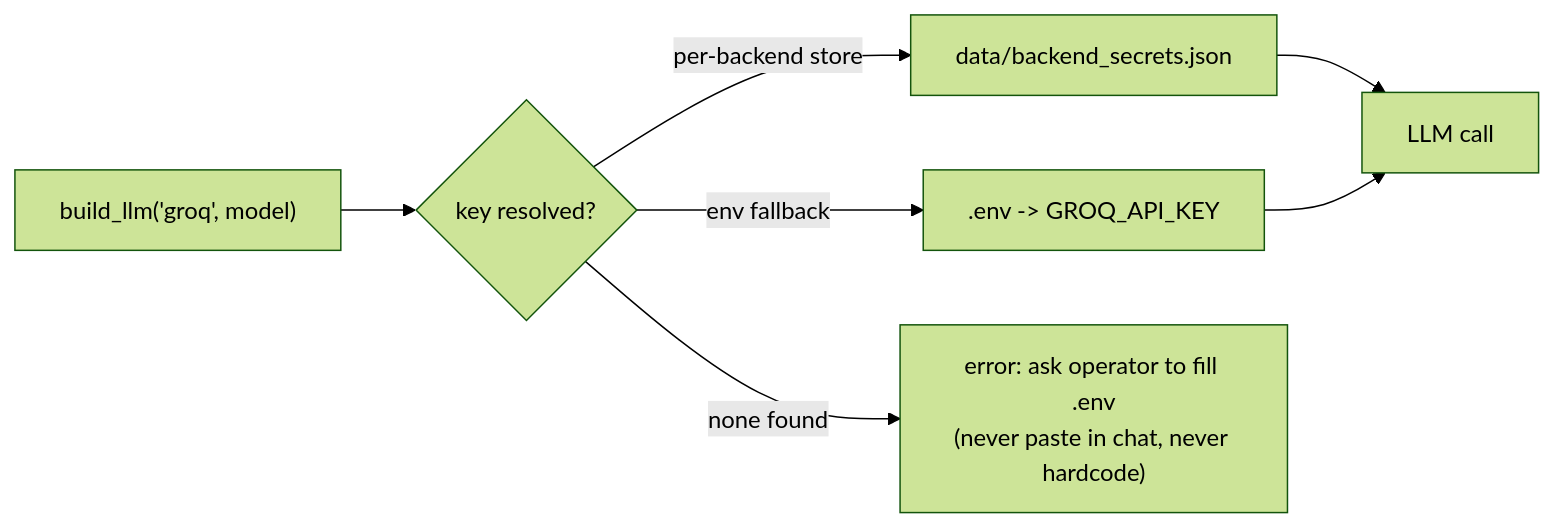
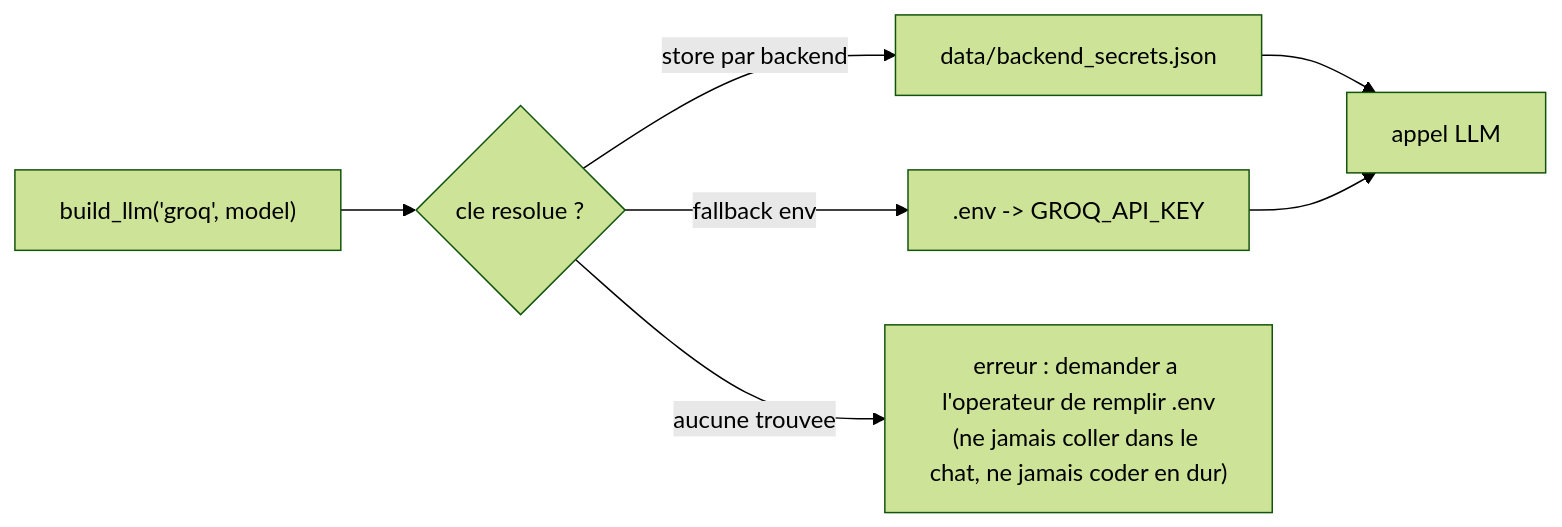
The sixth of 8 diagrams in docs/runbooks/replay-model.md (mo0ogly/recette_IA_agents), drawn with Mermaid (forest theme) before and after one commit. The commit also changed other lines of this file and 25 other files, not shown here.

````diff
--- a/docs/runbooks/replay-model.md
+++ b/docs/runbooks/replay-model.md
@@ -166,9 +169,9 @@
 ```mermaid
 flowchart LR
-  A["build_llm('groq', model)"] --> B{key resolved?}
-  B -- "per-backend store" --> S1["data/backend_secrets.json"]
-  B -- "env fallback" --> S2[".env -> GROQ_API_KEY"]
-  S1 --> OK["LLM call"]
+  A["build_llm('groq', model)"] --> B{cle resolue ?}
+  B -- "store par backend" --> S1["data/backend_secrets.json"]
+  B -- "fallback env" --> S2[".env -> GROQ_API_KEY"]
+  S1 --> OK["appel LLM"]
   S2 --> OK
-  B -- "none found" --> ERR["error: ask operator to fill .env\n(never paste in chat, never hardcode)"]
+  B -- "aucune trouvee" --> ERR["erreur : demander a l'operateur de remplir .env\n(ne jamais coller dans le chat, ne jamais coder en dur)"]
 ```
````
